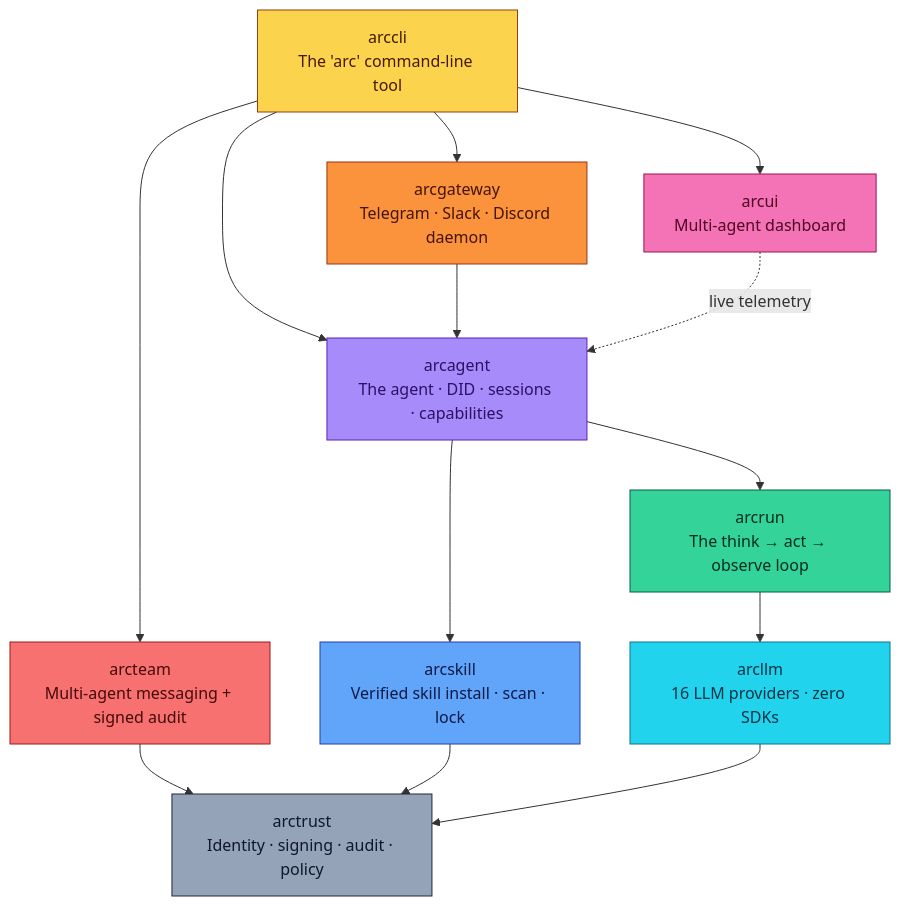
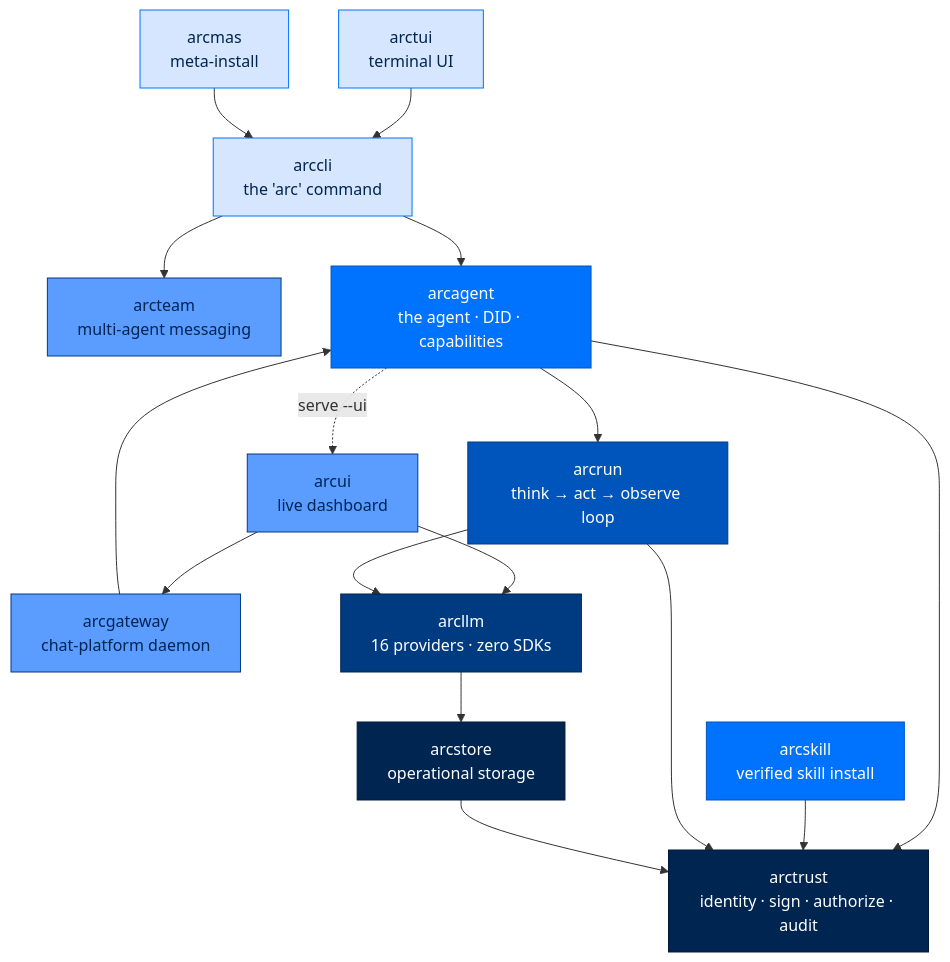
The diagram in README.md (joshuamschultz/Arc), drawn with Mermaid before and after one commit. The commit also changed other lines of this file and 16 other files, not shown here.

````diff
--- a/README.md
+++ b/README.md
@@ -67,35 +84,42 @@
 ```mermaid
 flowchart TB
-    classDef cli fill:#FCD34D,stroke:#92400E,color:#451A03
-    classDef gw  fill:#FB923C,stroke:#9A3412,color:#431407
-    classDef tm  fill:#F87171,stroke:#991B1B,color:#450A0A
-    classDef ag  fill:#A78BFA,stroke:#5B21B6,color:#2E1065
-    classDef sk  fill:#60A5FA,stroke:#1E40AF,color:#0C1A47
-    classDef rn  fill:#34D399,stroke:#065F46,color:#022C22
-    classDef llm fill:#22D3EE,stroke:#0E7490,color:#083344
-    classDef tr  fill:#94A3B8,stroke:#1E293B,color:#0F172A
-    classDef ui  fill:#F472B6,stroke:#9D174D,color:#500724
+    classDef entry   fill:#D6E6FF,stroke:#0073FE,color:#002550
+    classDef surface fill:#5A9CFF,stroke:#003B82,color:#002550
+    classDef agent   fill:#0073FE,stroke:#0055BC,color:#FFFFFF
+    classDef runtime fill:#0055BC,stroke:#003B82,color:#FFFFFF
+    classDef llm     fill:#003B82,stroke:#002550,color:#FFFFFF
+    classDef found   fill:#002550,stroke:#001A38,color:#FFFFFF
 
-    arccli[arccli<br/>The 'arc' command-line tool]:::cli
-    arcgateway[arcgateway<br/>Telegram · Slack · Discord daemon]:::gw
-    arcteam[arcteam<br/>Multi-agent messaging + signed audit]:::tm
-    arcagent[arcagent<br/>The agent · DID · sessions · capabilities]:::ag
-    arcskill[arcskill<br/>Verified skill install · scan · lock]:::sk
-    arcrun[arcrun<br/>The think → act → observe loop]:::rn
-    arcllm[arcllm<br/>16 LLM providers · zero SDKs]:::llm
-    arctrust[arctrust<br/>Identity · signing · audit · policy]:::tr
-    arcui[arcui<br/>Multi-agent dashboard]:::ui
+    arccli[arccli<br/>the 'arc' command]:::entry
+    arctui[arctui<br/>terminal UI]:::entry
+    arcmas[arcmas<br/>meta-install]:::entry
 
-    arccli --> arcgateway
+    arcgateway[arcgateway<br/>chat-platform daemon]:::surface
+    arcteam[arcteam<br/>multi-agent messaging]:::surface
+    arcui[arcui<br/>live dashboard]:::surface
+
+    arcagent[arcagent<br/>the agent · DID · capabilities]:::agent
+    arcskill[arcskill<br/>verified skill install]:::agent
+
+    arcrun[arcrun<br/>think → act → observe loop]:::runtime
+    arcllm[arcllm<br/>16 providers · zero SDKs]:::llm
+
+    arctrust[arctrust<br/>identity · sign · authorize · audit]:::found
+    arcstore[arcstore<br/>operational storage]:::found
+
+    arctui --> arccli
+    arcmas --> arccli
+    arccli --> arcagent
     arccli --> arcteam
-    arccli --> arcagent
-    arccli --> arcui
     arcgateway --> arcagent
-    arcteam --> arctrust
-    arcagent --> arcskill
+    arcui --> arcgateway
+    arcui --> arcllm
     arcagent --> arcrun
+    arcagent --> arctrust
+    arcagent -. "serve --ui" .-> arcui
     arcskill --> arctrust
     arcrun --> arcllm
-    arcllm --> arctrust
-    arcui -.live telemetry.-> arcagent
+    arcrun --> arctrust
+    arcllm --> arcstore
+    arcstore --> arctrust
 ```
````
